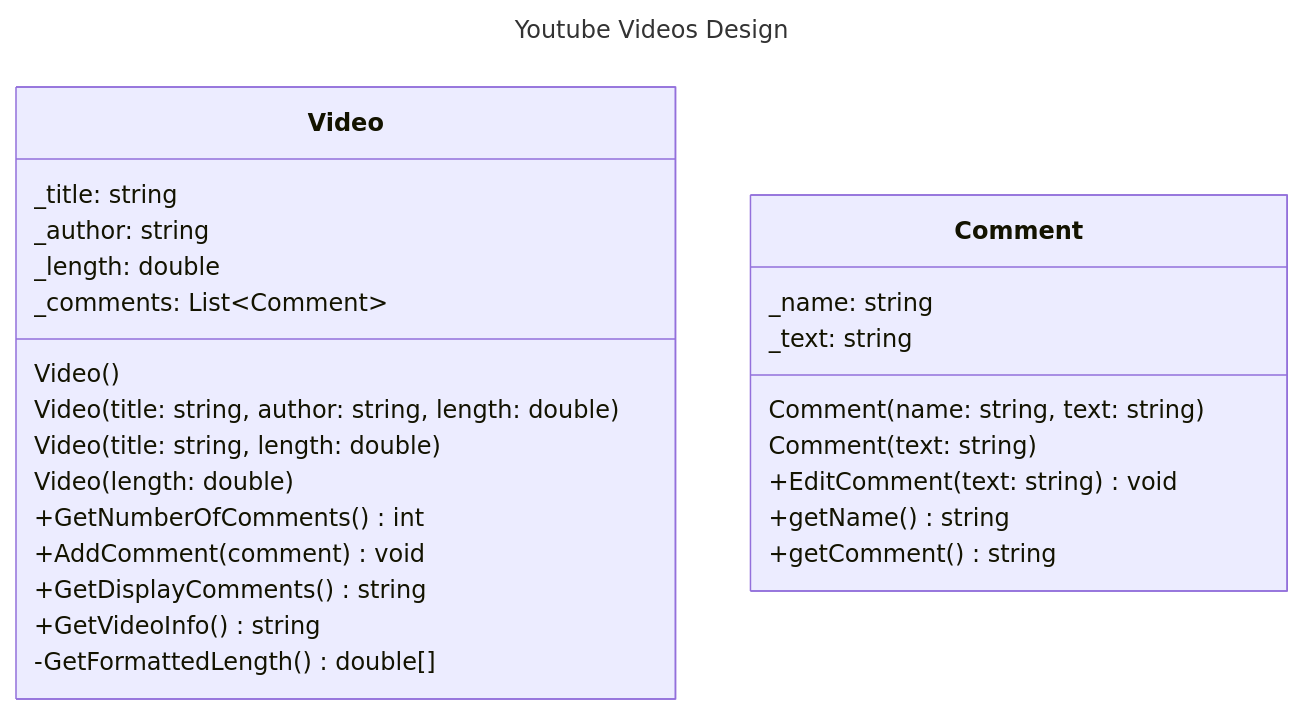
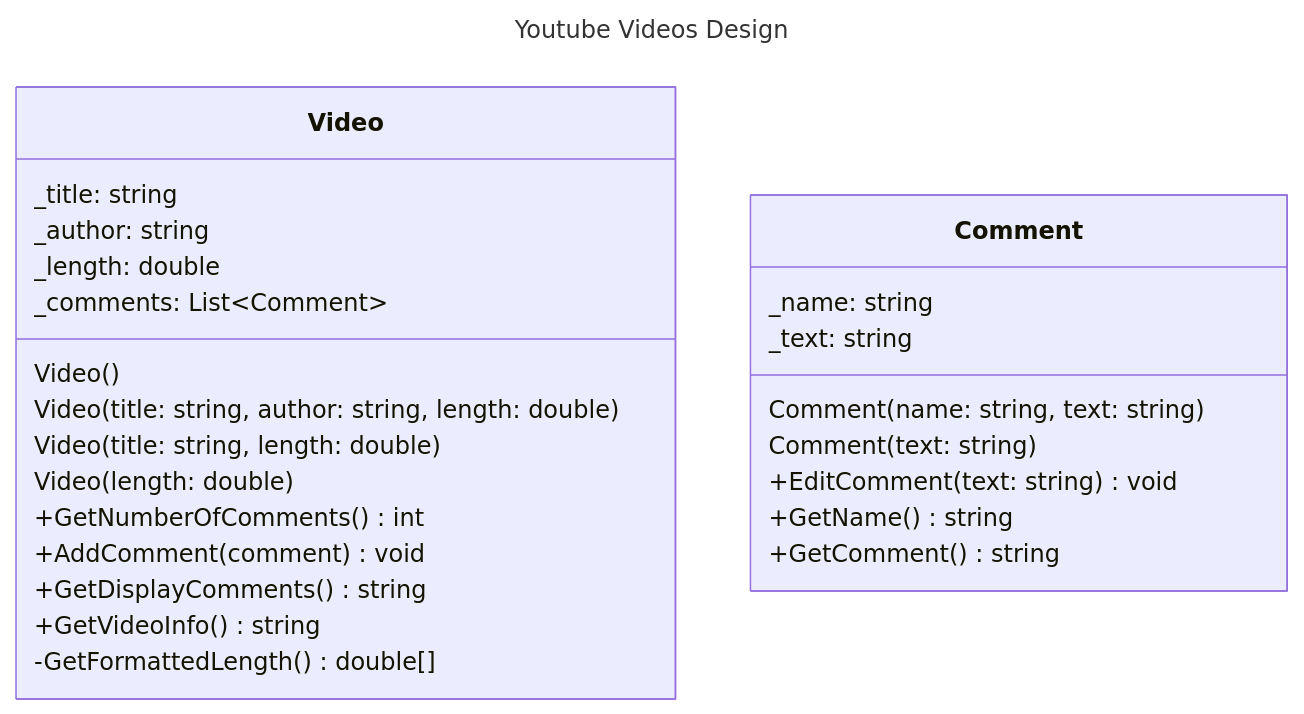
Before and after one commit to Pika4ndy/cse210: the diagram in week04/YoutubeVideosClassDesign.mmd, drawn with Mermaid. The commit also changed 15 other files, not shown here.

```diff
--- a/week04/YoutubeVideosClassDesign.mmd
+++ b/week04/YoutubeVideosClassDesign.mmd
@@ -1,33 +1,33 @@
 ---
 title: Youtube Videos Design
 ---
 
 classDiagram
     class Video {
         _title: string
         _author: string
         _length: double
         _comments: List~Comment~
 
         Video()
         Video(title: string, author: string, length: double)
         Video(title: string, length: double)
         Video(length: double)
 
         +GetNumberOfComments() int
         +AddComment(comment) void
         +GetDisplayComments() string
         +GetVideoInfo() string
         -GetFormattedLength() double[]
     }
 
     class Comment {
         _name: string
         _text: string
         Comment(name: string, text: string)
         Comment(text: string)
 
         +EditComment(text: string) void
-        +getName() string
-        +getComment() string
+        +GetName() string
+        +GetComment() string
     }
```
